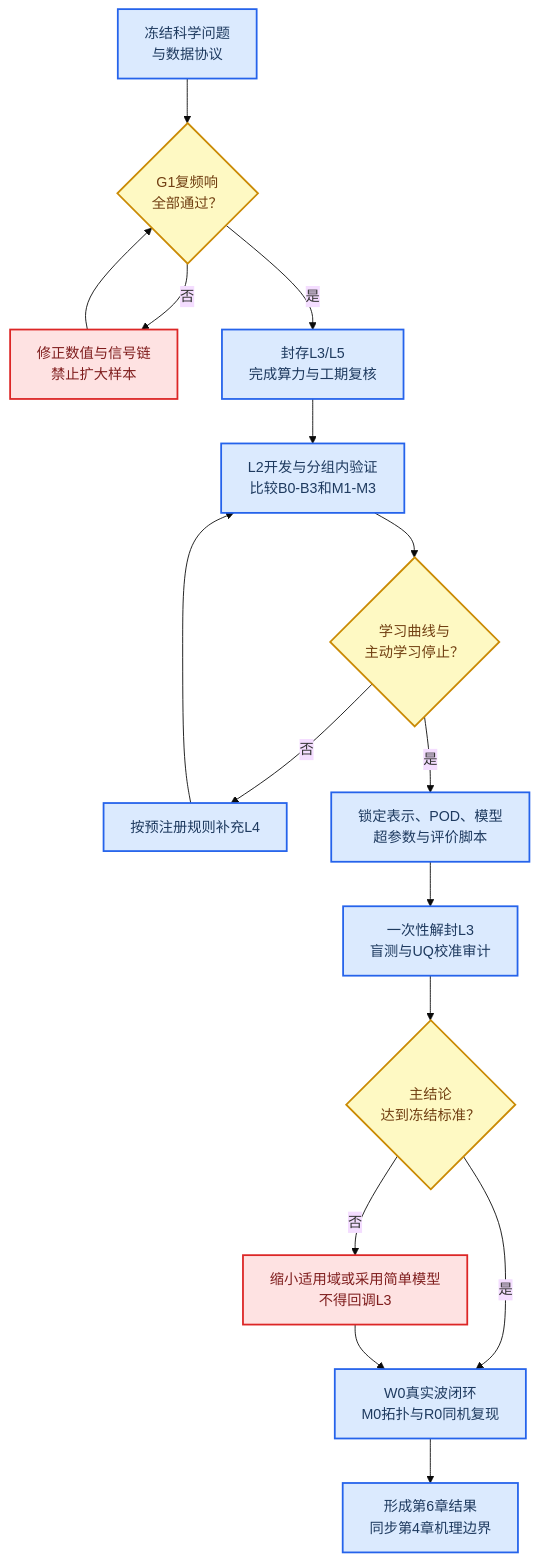
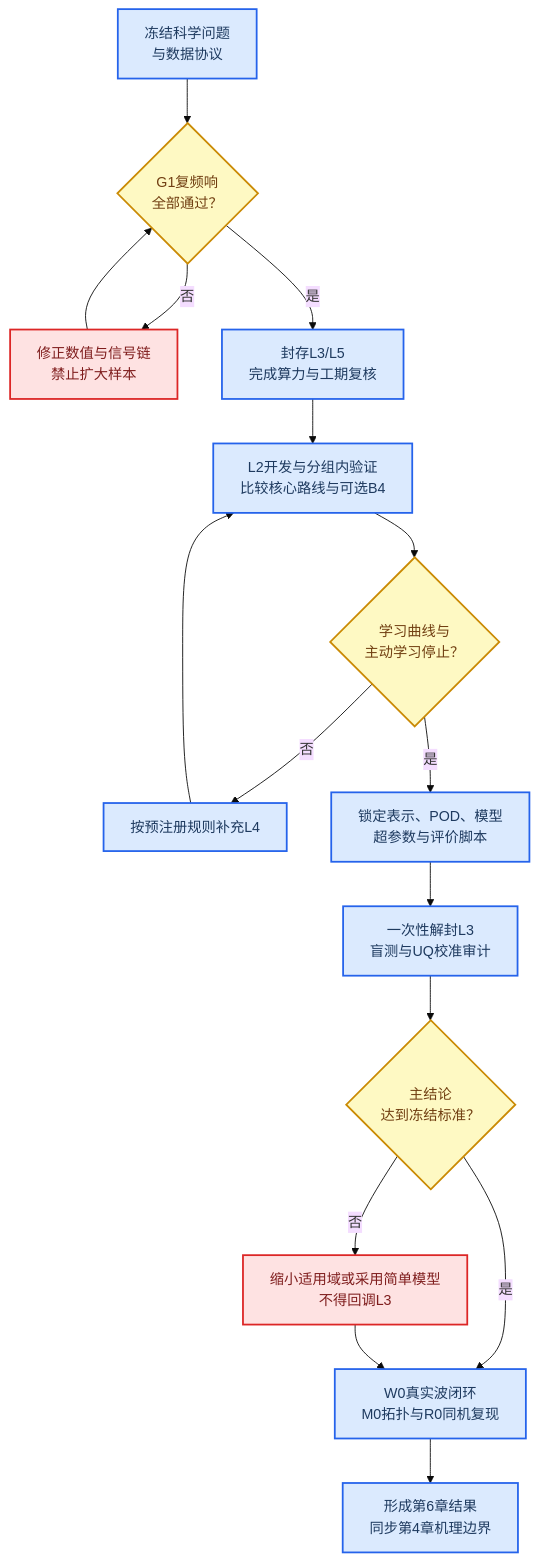
Before and after one commit to joyjoyfresh/AbqScripts: the diagram in docs/计划文档/边坡地震响应机器学习研究与实施计划.md, drawn with Mermaid (base theme). The commit also changed other lines of this file, not shown here.

````diff
--- a/docs/计划文档/边坡地震响应机器学习研究与实施计划.md
+++ b/docs/计划文档/边坡地震响应机器学习研究与实施计划.md
@@ -296,28 +320,28 @@
 ```mermaid
 flowchart TD
     accTitle: 机器学习v4阶段门与论文证据链
     accDescr: 研究从复频响验收开始，经数据协议冻结、开发集建模、模型锁定、独立盲测和真实波闭环进入论文定稿；任一硬门失败都返回修正或缩小结论。
 
     A["冻结科学问题<br/>与数据协议"] --> B{"G1复频响<br/>全部通过？"}
     B -->|"否"| C["修正数值与信号链<br/>禁止扩大样本"]
     C --> B
     B -->|"是"| D["封存L3/L5<br/>完成算力与工期复核"]
-    D --> E["L2开发与分组内验证<br/>比较B0-B3和M1-M3"]
+    D --> E["L2开发与分组内验证<br/>比较核心路线与可选B4"]
     E --> F{"学习曲线与<br/>主动学习停止？"}
     F -->|"否"| G["按预注册规则补充L4"]
     G --> E
     F -->|"是"| H["锁定表示、POD、模型<br/>超参数与评价脚本"]
     H --> I["一次性解封L3<br/>盲测与UQ校准审计"]
     I --> J{"主结论<br/>达到冻结标准？"}
     J -->|"否"| K["缩小适用域或采用简单模型<br/>不得回调L3"]
     J -->|"是"| L["W0真实波闭环<br/>M0拓扑与R0同机复现"]
     K --> L
     L --> M["形成第6章结果<br/>同步第4章机理边界"]
 
     classDef gate fill:#fef9c3,stroke:#ca8a04,stroke-width:2px,color:#713f12
     classDef action fill:#dbeafe,stroke:#2563eb,stroke-width:2px,color:#1e3a5f
     classDef stop fill:#fee2e2,stroke:#dc2626,stroke-width:2px,color:#7f1d1d
     class B,F,J gate
     class A,D,E,G,H,I,L,M action
     class C,K stop
 ```
````
